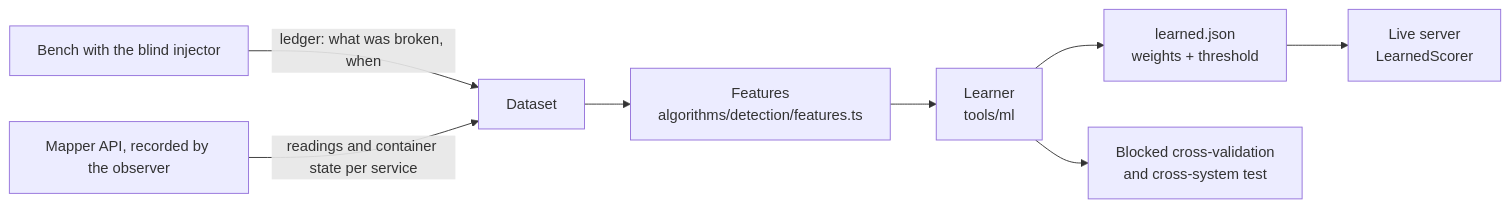
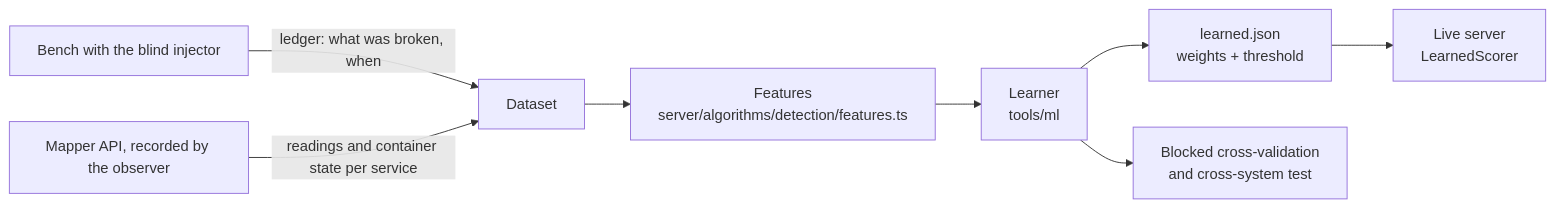
One commit to Royson-salis-18/microservice-mapper changed the first of 2 diagrams in wiki/41-learning-and-calibration.md. Above: the diagram before and after it, drawn with Mermaid. The commit also changed other lines of this file and 63 other files, not shown here.

Commit message:
Move the TypeScript algorithms folder into server/algorithms

````diff
--- a/wiki/41-learning-and-calibration.md
+++ b/wiki/41-learning-and-calibration.md
@@ -5,10 +5,10 @@
 ```mermaid
 flowchart LR
   A[Bench with the blind injector] -->|ledger: what was broken, when| D[Dataset]
   B[Mapper API, recorded by the observer] -->|readings and container state per service| D
-  D --> F[Features<br/>algorithms/detection/features.ts]
+  D --> F[Features<br/>server/algorithms/detection/features.ts]
   F --> L[Learner<br/>tools/ml]
   L --> M[learned.json<br/>weights + threshold]
   M --> S[Live server<br/>LearnedScorer]
   L --> V[Blocked cross-validation<br/>and cross-system test]
 ```
````
